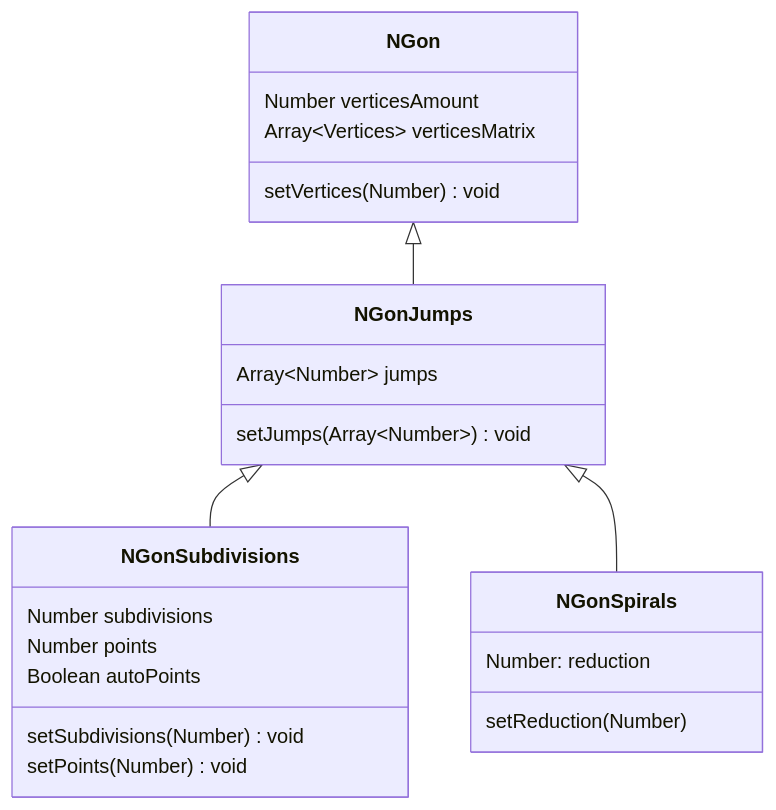
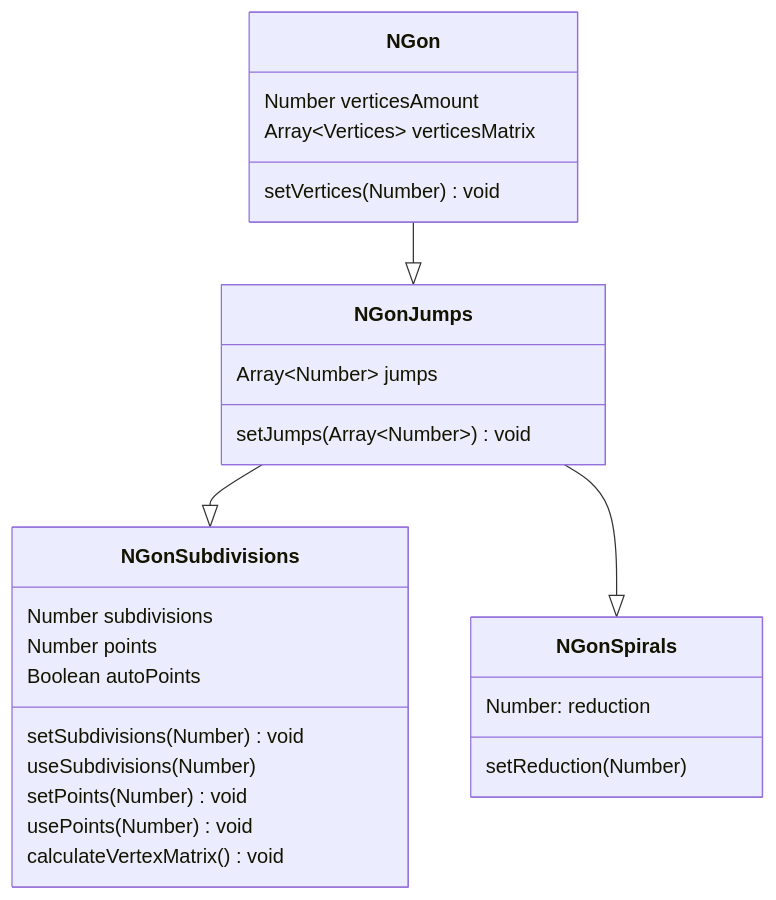
The second of 4 diagrams in README.md (LiamMyles/pwp), drawn with Mermaid before and after one commit. The commit also changed other lines of this file and 35 other files, not shown here.

First line of the commit message:
Sequence player (#38)

````diff
--- a/README.md
+++ b/README.md
@@ -9,30 +60,33 @@
 ```mermaid
   classDiagram
-    NGon <|-- NGonJumps
-    NGonJumps <|-- NGonSubdivisions
-    NGonJumps <|-- NGonSpirals
+    NGon --|> NGonJumps
+    NGonJumps --|> NGonSubdivisions
+    NGonJumps --|> NGonSpirals
 
     class NGon {
       Number verticesAmount
       Array~Vertices~ verticesMatrix
       setVertices(Number) void
     }
 
     class NGonJumps {
       Array~Number~ jumps
       setJumps(Array~Number~) void
     }
 
     class NGonSubdivisions{
       Number subdivisions
       Number points
       Boolean autoPoints
       setSubdivisions(Number) void
+      useSubdivisions(Number)
       setPoints(Number) void
+      usePoints(Number) void
+      calculateVertexMatrix() void
     }
 
     class NGonSpirals{
       Number: reduction
       setReduction(Number)
     }
 ```
````
